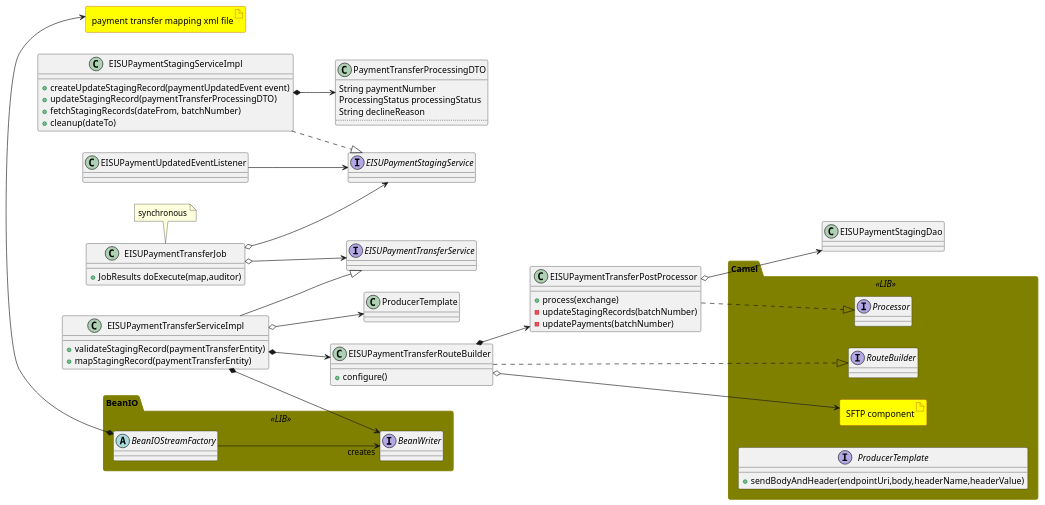
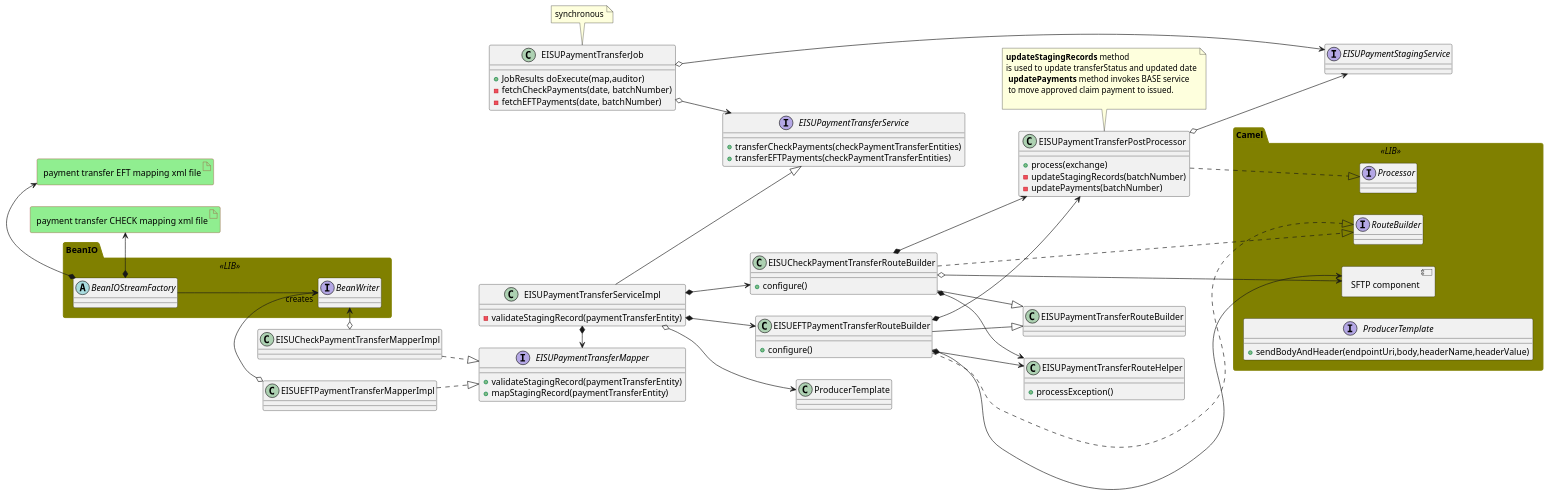
Before and after one commit to evgueni-spb/bootcamp: the diagram in eft-transfer-class-diagram.puml, drawn with PlantUML. The commit also changed 5 other files, not shown here.

Commit message:
added response and clearing class diagrams, modified staging, transfer and deployment diagrams

```diff
--- a/eft-transfer-class-diagram.puml
+++ b/eft-transfer-class-diagram.puml
@@ -1,104 +1,141 @@
 @startuml
 allowmixing
 
 left to right direction
 
 
 
 skinparam package {
   BackgroundColor<<LIB>> olive
   BorderColor<<LIB>> olive
 }
 
 skinparam artifact {
-  BackgroundColor yellow
+  BackgroundColor lightgreen
   BorderColor brown
 }
 
 
 
 interface EISUPaymentStagingService
-class EISUPaymentStagingServiceImpl{
-+createUpdateStagingRecord(paymentUpdatedEvent event)
-+updateStagingRecord(paymentTransferProcessingDTO)
-+fetchStagingRecords(dateFrom, batchNumber)
-+cleanup(dateTo)
-}
 
-EISUPaymentStagingServiceImpl *--> PaymentTransferProcessingDTO
 
 class EISUPaymentTransferJob {
 +JobResults doExecute(map,auditor)
+-fetchCheckPayments(date, batchNumber)
+-fetchEFTPayments(date, batchNumber)
 }
 note "synchronous" as S
 S . EISUPaymentTransferJob
 
 
 
 
 
-interface EISUPaymentTransferService
+interface EISUPaymentTransferService{
++transferCheckPayments(checkPaymentTransferEntities)
++transferEFTPayments(checkPaymentTransferEntities)
+}
 class EISUPaymentTransferServiceImpl{
-+validateStagingRecord(paymentTransferEntity)
-+mapStagingRecord(paymentTransferEntity)
+-validateStagingRecord(paymentTransferEntity)
 }
+
+interface EISUPaymentTransferMapper {
+ +validateStagingRecord(paymentTransferEntity)
+ +mapStagingRecord(paymentTransferEntity)
+}
+
+class EISUCheckPaymentTransferMapperImpl
+EISUCheckPaymentTransferMapperImpl ..|>  EISUPaymentTransferMapper
+class EISUEFTPaymentTransferMapperImpl
+EISUEFTPaymentTransferMapperImpl ..|>  EISUPaymentTransferMapper
+
+EISUPaymentTransferServiceImpl *->  EISUPaymentTransferMapper
 
 EISUPaymentTransferServiceImpl o--> ProducerTemplate
 
 
 package Camel <<LIB>> {
-artifact "SFTP component"
+component "SFTP component"
 interface RouteBuilder
 interface Processor
 interface ProducerTemplate {
 +sendBodyAndHeader(endpointUri,body,headerName,headerValue)
 }
 }
 
-class EISUPaymentTransferRouteBuilder {
+
+
+class EISUPaymentTransferRouteHelper {
++processException()
+}
+EISUCheckPaymentTransferRouteBuilder ..|> RouteBuilder
+EISUCheckPaymentTransferRouteBuilder *--> EISUPaymentTransferPostProcessor
+EISUCheckPaymentTransferRouteBuilder o--> "SFTP component"
+
+EISUEFTPaymentTransferRouteBuilder *--> EISUPaymentTransferRouteHelper
+EISUCheckPaymentTransferRouteBuilder *--> EISUPaymentTransferRouteHelper
+
+EISUEFTPaymentTransferRouteBuilder ..|> RouteBuilder
+EISUEFTPaymentTransferRouteBuilder *--> EISUPaymentTransferPostProcessor
+EISUEFTPaymentTransferRouteBuilder o--> "SFTP component"
+
+class EISUCheckPaymentTransferRouteBuilder {
 +configure()
 }
-EISUPaymentTransferRouteBuilder ..|> RouteBuilder
-EISUPaymentTransferRouteBuilder *--> EISUPaymentTransferPostProcessor
-EISUPaymentTransferRouteBuilder o--> "SFTP component"
+
+class EISUEFTPaymentTransferRouteBuilder {
++configure()
+}
+
+EISUCheckPaymentTransferRouteBuilder --|> EISUPaymentTransferRouteBuilder
+EISUEFTPaymentTransferRouteBuilder -|> EISUPaymentTransferRouteBuilder
+
 
 class EISUPaymentTransferPostProcessor {
 +process(exchange)
 -updateStagingRecords(batchNumber)
 -updatePayments(batchNumber)
 }
 
+note as PRA
+<b>updateStagingRecords</b> method
+is used to update transferStatus and updated date
+ <b>updatePayments</b> method invokes BASE service
+ to move approved claim payment to issued.
+
+end note
+
+PRA . EISUPaymentTransferPostProcessor
+
 EISUPaymentTransferPostProcessor ..|> Processor
-EISUPaymentTransferPostProcessor o--> EISUPaymentStagingDao
+EISUPaymentTransferPostProcessor o--> EISUPaymentStagingService
 
 package BeanIO <<LIB>> {
 abstract class BeanIOStreamFactory
 interface BeanWriter
 
 
 BeanIOStreamFactory --> "creates" BeanWriter
 }
-artifact "payment transfer mapping xml file"
+artifact "payment transfer CHECK mapping xml file"
+artifact "payment transfer EFT mapping xml file"
 
 
-EISUPaymentTransferServiceImpl *--> BeanWriter
-EISUPaymentTransferServiceImpl *--> EISUPaymentTransferRouteBuilder
+EISUCheckPaymentTransferMapperImpl o-> BeanWriter
+EISUEFTPaymentTransferMapperImpl o-> BeanWriter
+EISUPaymentTransferServiceImpl *--> EISUCheckPaymentTransferRouteBuilder
+EISUPaymentTransferServiceImpl *--> EISUEFTPaymentTransferRouteBuilder
 
-BeanIOStreamFactory *-> "payment transfer mapping xml file"
+BeanIOStreamFactory *-> "payment transfer CHECK mapping xml file"
+BeanIOStreamFactory *-> "payment transfer EFT mapping xml file"
 
 
-EISUPaymentTransferJob o--> EISUPaymentStagingService
+EISUPaymentTransferJob o-> EISUPaymentStagingService
 EISUPaymentTransferJob o--> EISUPaymentTransferService
 
 EISUPaymentTransferServiceImpl --|> EISUPaymentTransferService
 
-class PaymentTransferProcessingDTO {
-String paymentNumber
-ProcessingStatus processingStatus
-String declineReason
-....
-}
-EISUPaymentStagingServiceImpl ..|> EISUPaymentStagingService
-EISUPaymentUpdatedEventListener --> EISUPaymentStagingService
+
 
 @enduml
```
